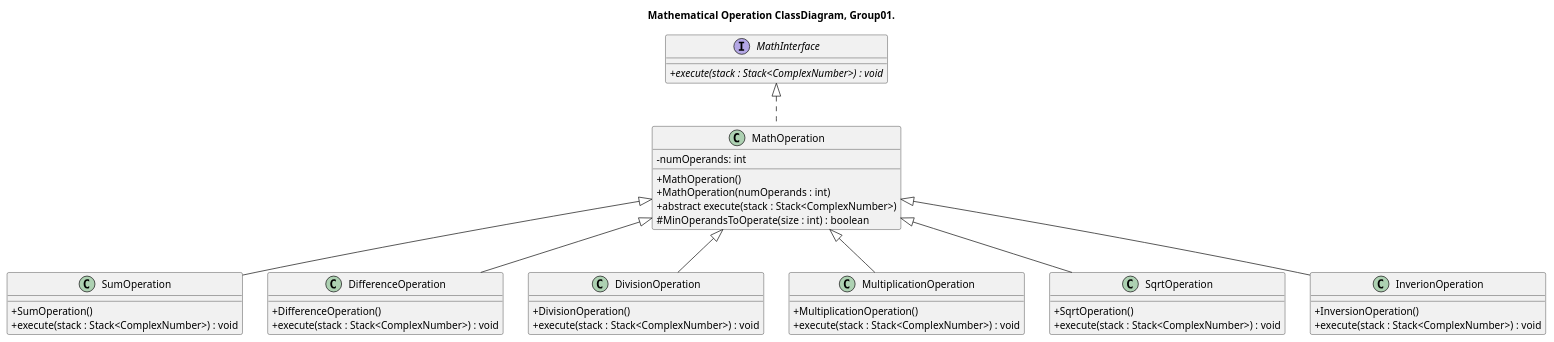
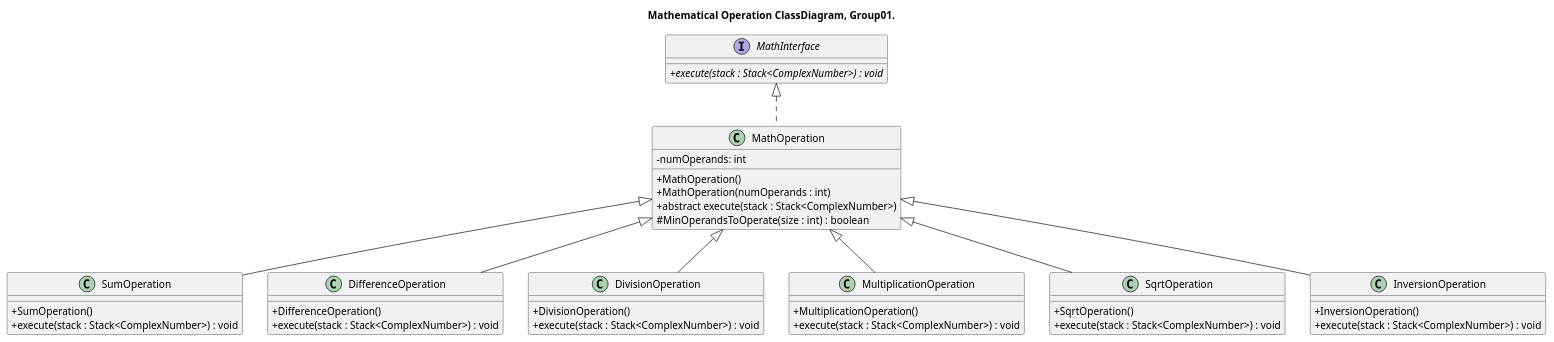
The diagram in class_diagram/MathematicalOperation_ClassDiagram_group01.puml (CiroCutolo/Scientific_Calculator_group01_2023), drawn with PlantUML before and after one commit. The commit also changed 6 other files, not shown here.

Commit message:
Correzione del metodo InversionOperation.

```diff
--- a/class_diagram/MathematicalOperation_ClassDiagram_group01.puml
+++ b/class_diagram/MathematicalOperation_ClassDiagram_group01.puml
@@ -1,58 +1,58 @@
 @startuml ClassDiagram_group01
 
 
 title Mathematical Operation ClassDiagram, Group01.
 
 skinparam ClassAttributeIconSize 0
 
 interface MathInterface{
 	+ {abstract} execute(stack : Stack<ComplexNumber>) : void
 }
 
 abstract class MathOperation{
 	- numOperands: int
 	+ MathOperation()	
 	+ MathOperation(numOperands : int)
 	+ abstract execute(stack : Stack<ComplexNumber>)
 	# MinOperandsToOperate(size : int) : boolean
 }
 
 class SumOperation{
 	+ SumOperation()
 	+ execute(stack : Stack<ComplexNumber>) : void
 }
 
 class DifferenceOperation{
 	+ DifferenceOperation()
 	+ execute(stack : Stack<ComplexNumber>) : void
 }
 
 class DivisionOperation{
 	+ DivisionOperation()
 	+ execute(stack : Stack<ComplexNumber>) : void
 }
 
 class MultiplicationOperation{
 	+ MultiplicationOperation()
 	+ execute(stack : Stack<ComplexNumber>) : void
 }
 
 class SqrtOperation{
 	+ SqrtOperation()
 	+ execute(stack : Stack<ComplexNumber>) : void
 }
 
-class InverionOperation{
+class InversionOperation{
 	+ InversionOperation()
 	+ execute(stack : Stack<ComplexNumber>) : void
 }
 
 class MathOperation implements MathInterface
 class SumOperation extends MathOperation
 class DifferenceOperation extends MathOperation
 class DivisionOperation extends MathOperation
 class MultiplicationOperation extends MathOperation
 class SqrtOperation extends MathOperation
-class InverionOperation extends MathOperation
+class InversionOperation extends MathOperation
 
 @enduml
```
